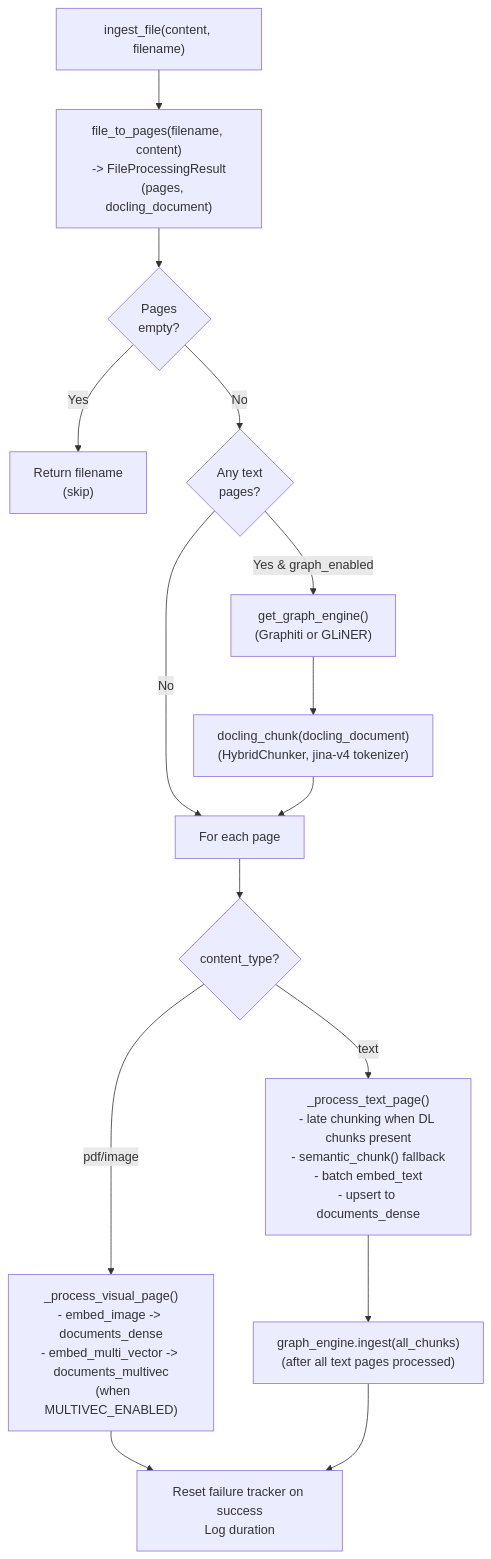
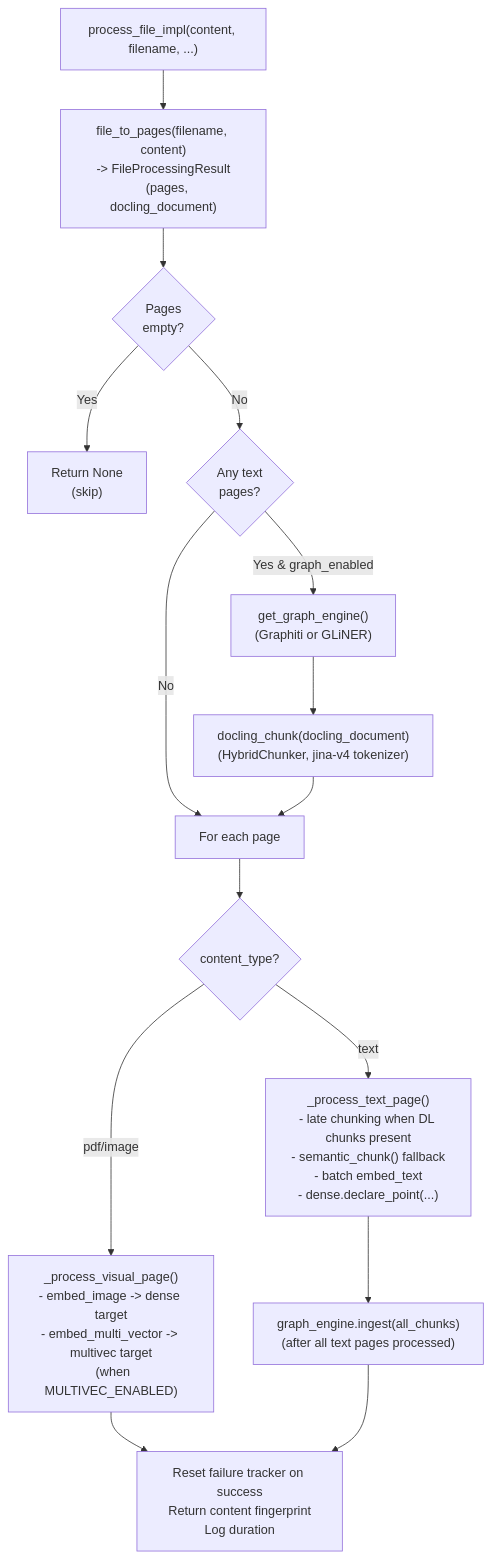
One commit to dollro/spektr changed the second of 2 diagrams in docs/ingestion/cocoindex.md. Above: the diagram before and after it, drawn with Mermaid. The commit also changed other lines of this file and 23 other files, not shown here.

````diff
--- a/docs/ingestion/cocoindex.md
+++ b/docs/ingestion/cocoindex.md
@@ -66,19 +126,19 @@
 ```mermaid
 flowchart TD
-    Start["ingest_file(content, filename)"] --> FTP["file_to_pages(filename, content)\n-> FileProcessingResult\n   (pages, docling_document)"]
+    Start["process_file_impl(content, filename, ...)"] --> FTP["file_to_pages(filename, content)\n-> FileProcessingResult\n   (pages, docling_document)"]
     FTP --> Check{Pages\nempty?}
-    Check -->|Yes| Skip["Return filename\n(skip)"]
+    Check -->|Yes| Skip["Return None\n(skip)"]
     Check -->|No| HasText{Any text\npages?}
     HasText -->|Yes & graph_enabled| InitGE["get_graph_engine()\n(Graphiti or GLiNER)"]
     HasText -->|No| Loop
 
     InitGE --> DLChunk["docling_chunk(docling_document)\n(HybridChunker, jina-v4 tokenizer)"]
     DLChunk --> Loop["For each page"]
     Loop --> TypeCheck{content_type?}
-    TypeCheck -->|text| TextProc["_process_text_page()\n- late chunking when DL chunks present\n- semantic_chunk() fallback\n- batch embed_text\n- upsert to documents_dense"]
-    TypeCheck -->|pdf/image| VisProc["_process_visual_page()\n- embed_image -> documents_dense\n- embed_multi_vector -> documents_multivec\n  (when MULTIVEC_ENABLED)"]
+    TypeCheck -->|text| TextProc["_process_text_page()\n- late chunking when DL chunks present\n- semantic_chunk() fallback\n- batch embed_text\n- dense.declare_point(...)"]
+    TypeCheck -->|pdf/image| VisProc["_process_visual_page()\n- embed_image -> dense target\n- embed_multi_vector -> multivec target\n  (when MULTIVEC_ENABLED)"]
 
     TextProc --> BulkGraph["graph_engine.ingest(all_chunks)\n(after all text pages processed)"]
     VisProc --> Done
-    BulkGraph --> Done["Reset failure tracker on success\nLog duration"]
+    BulkGraph --> Done["Reset failure tracker on success\nReturn content fingerprint\nLog duration"]
 ```
````
